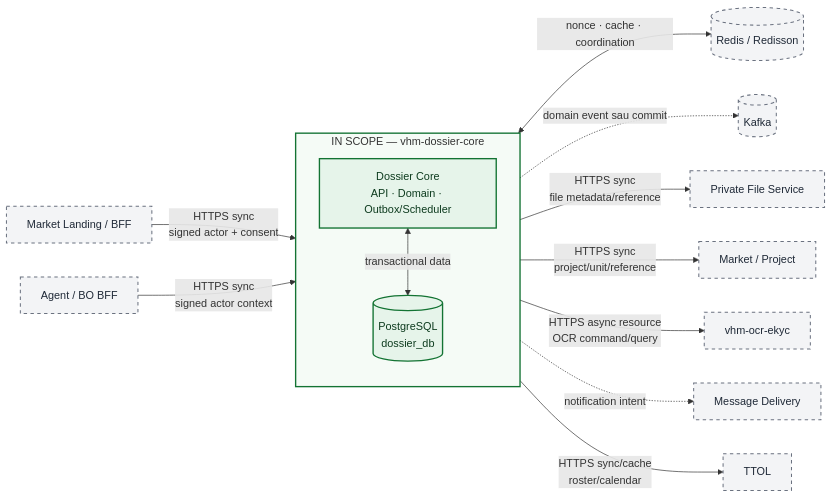
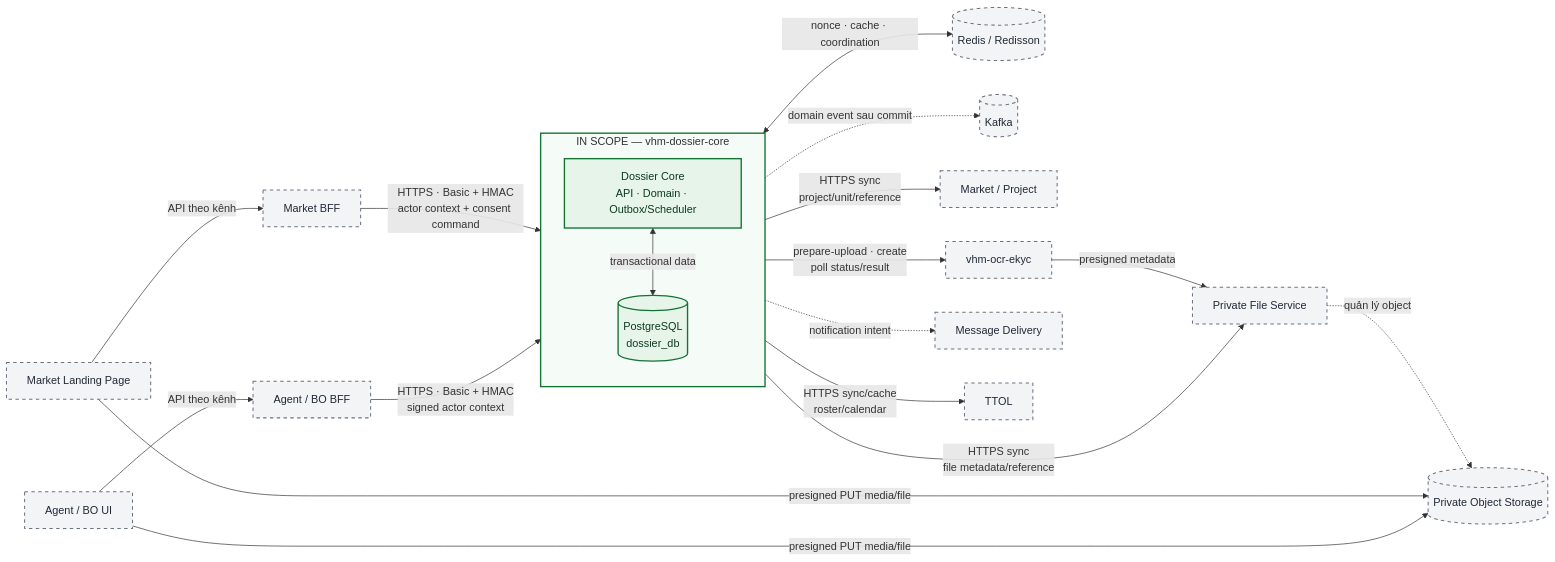
One commit to huynv-xyz/vhm changed the fourth of 16 diagrams in tdd-dossier.md. Above: the diagram before and after it, drawn with Mermaid. The commit also changed other lines of this file, not shown here.

````diff
--- a/tdd-dossier.md
+++ b/tdd-dossier.md
@@ -490,37 +528,46 @@
 ```mermaid
 flowchart LR
     classDef inScope fill:#E6F4EA,stroke:#137333,stroke-width:2px,color:#0D3B1E
     classDef external fill:#F3F4F6,stroke:#6B7280,stroke-width:1.5px,stroke-dasharray:5 5,color:#1F2937
 
-    MARKET[Market Landing / BFF]
+    LANDING[Market Landing Page]
+    MARKET[Market BFF]
+    CHANNEL[Agent / BO UI]
     AGENT[Agent / BO BFF]
 
     subgraph SCOPE[IN SCOPE — vhm-dossier-core]
         direction TB
         CORE[Dossier Core<br/>API · Domain · Outbox/Scheduler]
         DB[(PostgreSQL<br/>dossier_db)]
         CORE <-->|transactional data| DB
     end
 
     REDIS[(Redis / Redisson)]
     KAFKA[(Kafka)]
     FILE[Private File Service]
+    STORE[(Private Object Storage)]
     PROJECT[Market / Project]
     OCR[vhm-ocr-ekyc]
     MSG[Message Delivery]
     TTOL[TTOL]
 
-    MARKET -->|HTTPS sync<br/>signed actor + consent| CORE
-    AGENT -->|HTTPS sync<br/>signed actor context| CORE
+    LANDING -->|API theo kênh| MARKET
+    CHANNEL -->|API theo kênh| AGENT
+    MARKET -->|HTTPS · Basic + HMAC<br/>actor context + consent command| CORE
+    AGENT -->|HTTPS · Basic + HMAC<br/>signed actor context| CORE
     CORE <-->|nonce · cache · coordination| REDIS
     CORE -.->|domain event sau commit| KAFKA
     CORE -->|HTTPS sync<br/>file metadata/reference| FILE
     CORE -->|HTTPS sync<br/>project/unit/reference| PROJECT
-    CORE -->|HTTPS async resource<br/>OCR command/query| OCR
+    CORE -->|prepare-upload · create<br/>poll status/result| OCR
+    OCR -->|presigned metadata| FILE
+    FILE -.->|quản lý object| STORE
+    LANDING -->|presigned PUT media/file| STORE
+    CHANNEL -->|presigned PUT media/file| STORE
     CORE -.->|notification intent| MSG
     CORE -->|HTTPS sync/cache<br/>roster/calendar| TTOL
 
     class CORE,DB inScope
-    class MARKET,AGENT,REDIS,KAFKA,FILE,PROJECT,OCR,MSG,TTOL external
+    class LANDING,MARKET,CHANNEL,AGENT,REDIS,KAFKA,FILE,STORE,PROJECT,OCR,MSG,TTOL external
     style SCOPE fill:#F5FBF6,stroke:#137333,stroke-width:2px
 ```
````
